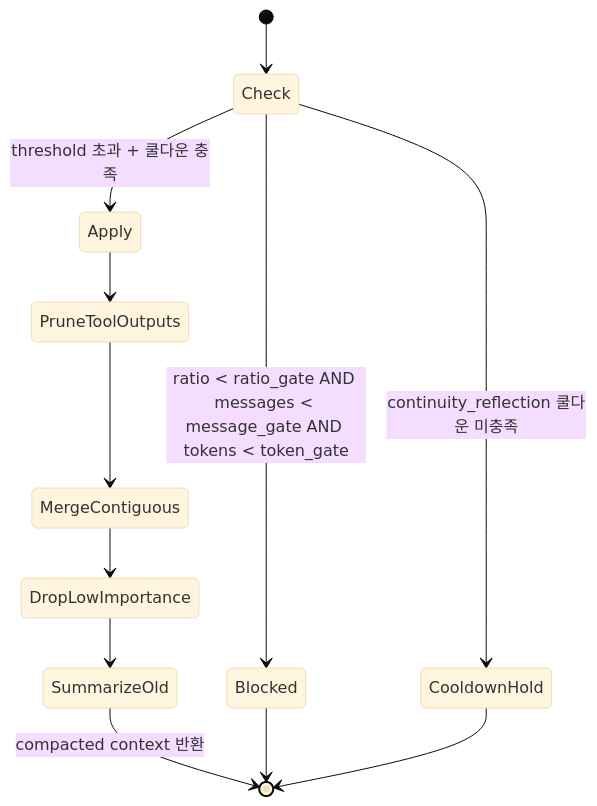
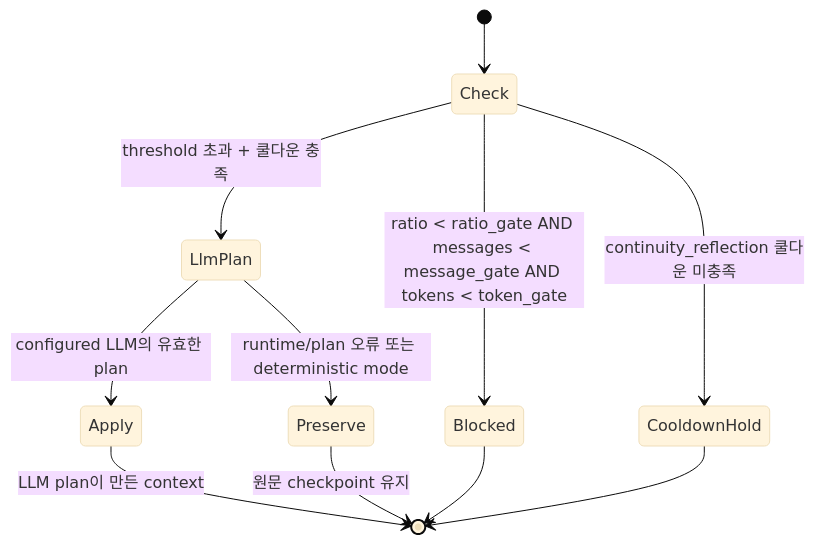
Before and after one commit to jeong-sik/masc: the fourth of 4 diagrams in docs/spec/05-keeper-agent.md, drawn with Mermaid (base theme). The commit also changed other lines of this file and 2425 other files, not shown here.

````diff
--- a/docs/spec/05-keeper-agent.md
+++ b/docs/spec/05-keeper-agent.md
@@ -230,14 +232,13 @@
 ```mermaid
 stateDiagram-v2
   [*] --> Check
   Check --> Blocked : ratio < ratio_gate AND messages < message_gate AND tokens < token_gate
   Check --> CooldownHold : continuity_reflection 쿨다운 미충족
-  Check --> Apply : threshold 초과 + 쿨다운 충족
-  Apply --> PruneToolOutputs
-  PruneToolOutputs --> MergeContiguous
-  MergeContiguous --> DropLowImportance
-  DropLowImportance --> SummarizeOld
-  SummarizeOld --> [*] : compacted context 반환
+  Check --> LlmPlan : threshold 초과 + 쿨다운 충족
+  LlmPlan --> Apply : configured LLM의 유효한 plan
+  LlmPlan --> Preserve : runtime/plan 오류 또는 deterministic mode
+  Apply --> [*] : LLM plan이 만든 context
+  Preserve --> [*] : 원문 checkpoint 유지
   Blocked --> [*]
   CooldownHold --> [*]
 ```
````
